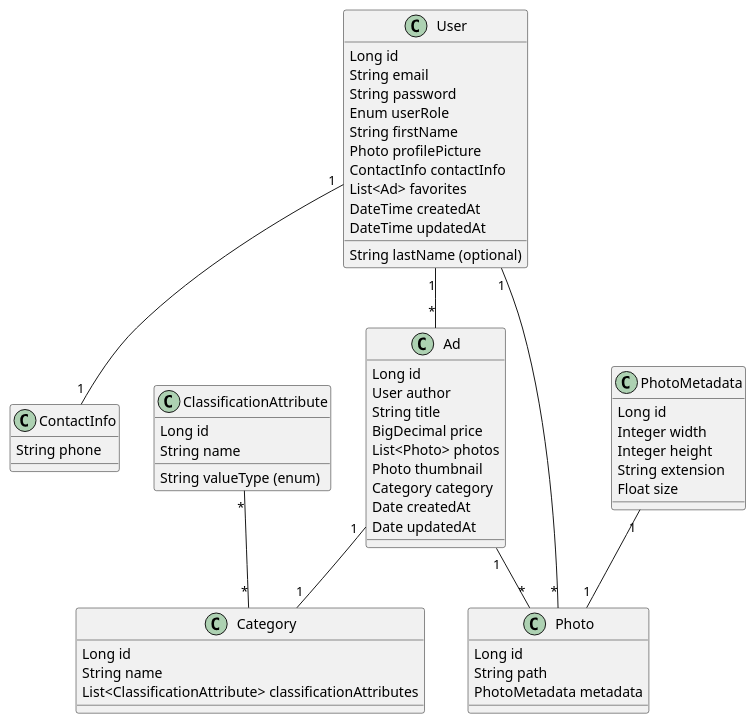
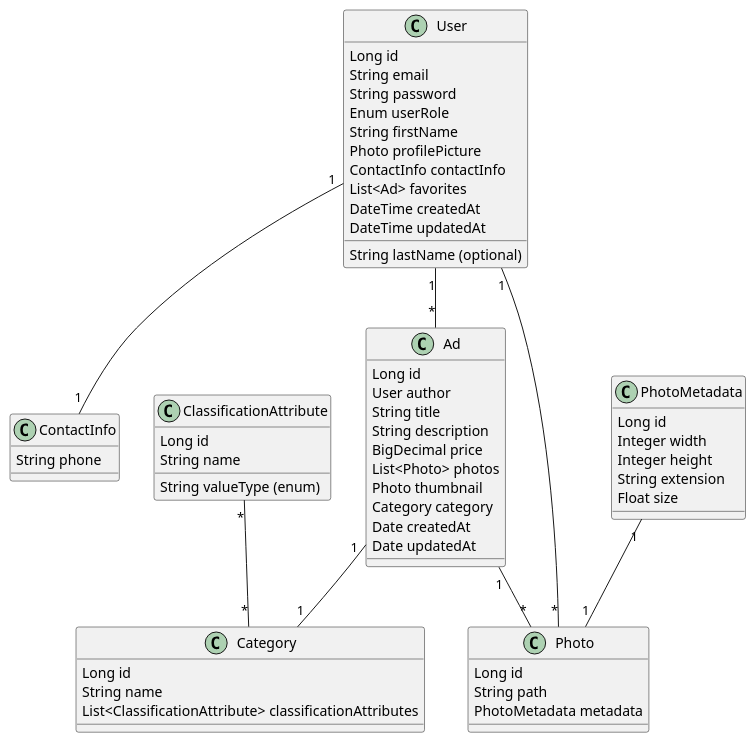
The diagram in docs/class-diagrams/basic-class-diagram.puml (OleksandrProkopenkoDev/marketplace), drawn with PlantUML before and after one commit. The commit also changed 9 other files, not shown here.

```diff
--- a/docs/class-diagrams/basic-class-diagram.puml
+++ b/docs/class-diagrams/basic-class-diagram.puml
@@ -1,68 +1,69 @@
 @startuml
 class User {
   Long id
   String email
   String password
   Enum userRole
   String firstName
   String lastName (optional)
   Photo profilePicture
   ContactInfo contactInfo
   List<Ad> favorites
   DateTime createdAt
   DateTime updatedAt
 }
 
 class ContactInfo{
   String phone
 }
 
 
 class Ad {
   Long id
   User author
   String title
+  String description
   BigDecimal price
   List<Photo> photos
   Photo thumbnail
   Category category
   Date createdAt
   Date updatedAt
 }
 
 class ClassificationAttribute {
   Long id
   String name
   String valueType (enum)
 }
 
 class Category {
   Long id
   String name
   List<ClassificationAttribute> classificationAttributes
 }
 
 class Photo {
   Long id
   String path
   PhotoMetadata metadata
 }
 
 class PhotoMetadata {
   Long id
   Integer width
   Integer height
   String extension
   Float size
 }
 
 
 Ad "1" -- "*" Photo
 Ad "1" -- "1" Category
 User "1" -- "*" Ad
 PhotoMetadata "1" -- "1" Photo
 User "1" -- "*" Photo
 ClassificationAttribute "*" -- "*" Category
 User "1" -- "1" ContactInfo
 
 @enduml
```
